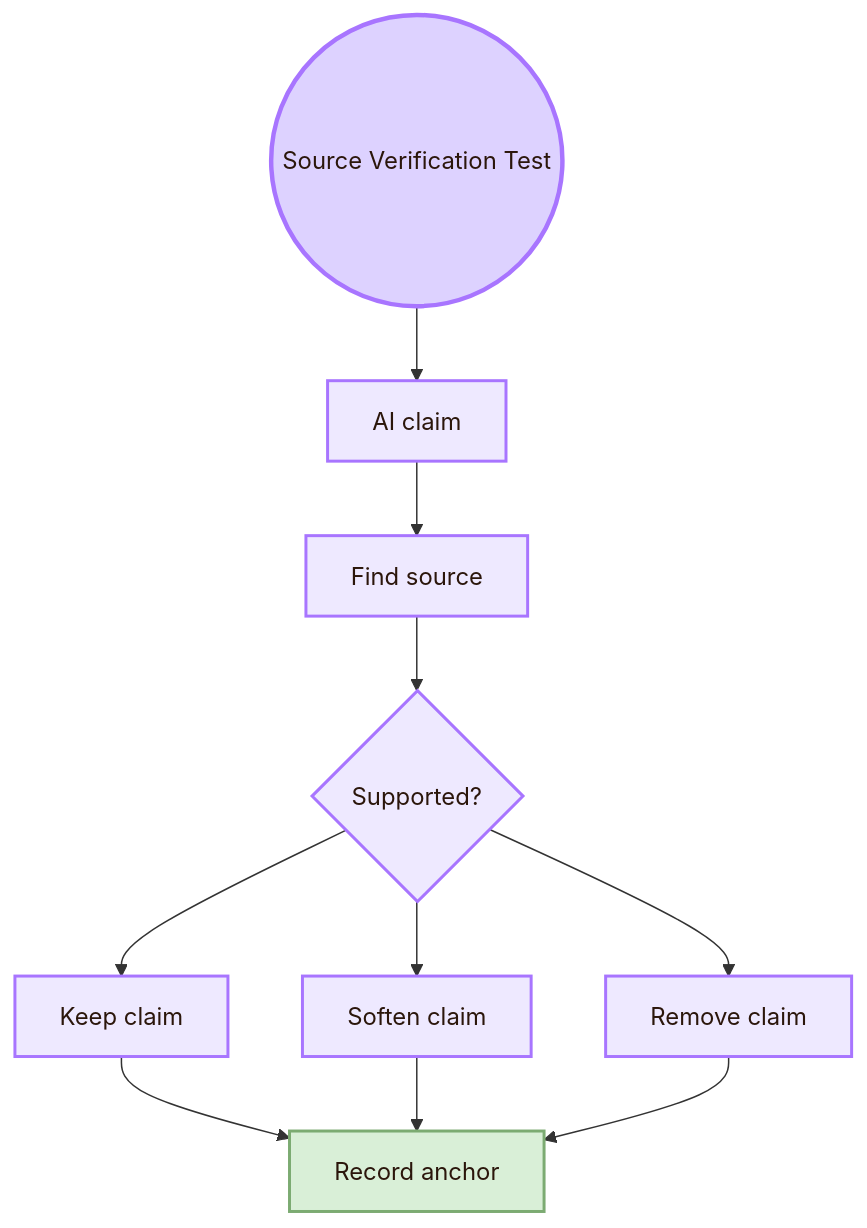
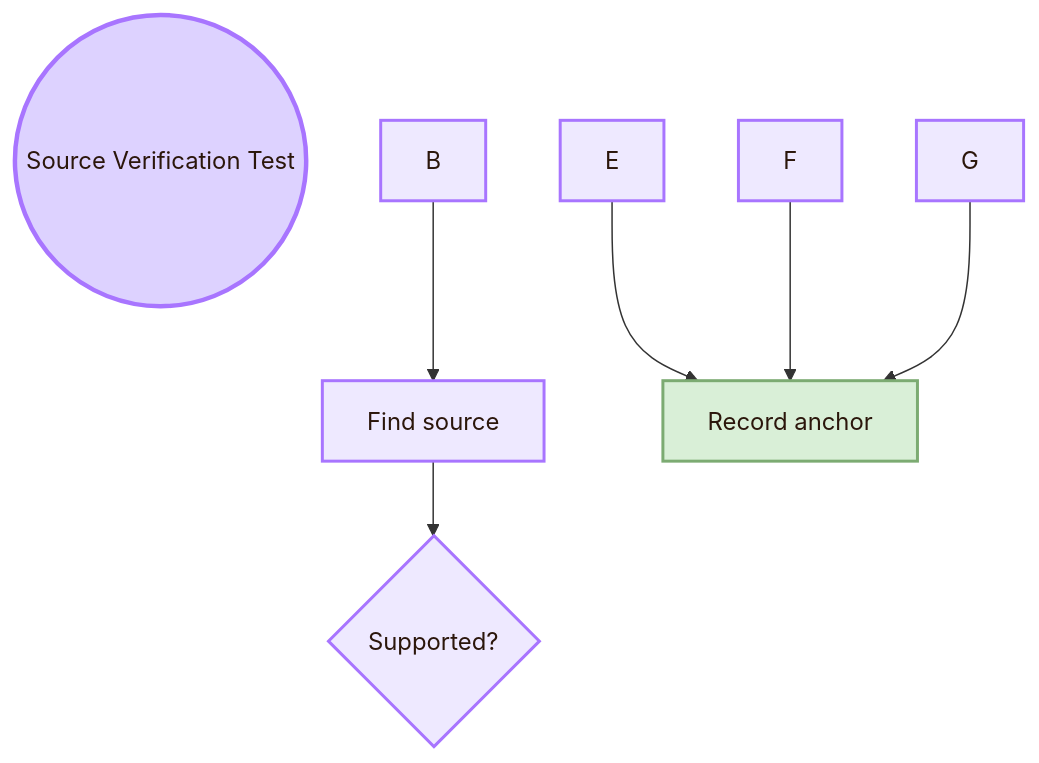
Before and after one commit to andreitegzes06-ui/CogniShire: the seventh of 18 diagrams in 01_Core_Area_HCI/001_Subareas/05_Human_AI_Interaction/Activities/Experiment.md, drawn with Mermaid. The commit also changed other lines of this file and 131 other files, not shown here.

````diff
--- a/01_Core_Area_HCI/001_Subareas/05_Human_AI_Interaction/Activities/Experiment.md
+++ b/01_Core_Area_HCI/001_Subareas/05_Human_AI_Interaction/Activities/Experiment.md
@@ -311,24 +294,20 @@
 ```mermaid
 flowchart TB
     A((Source Verification Test))
 
-    A --> B[AI claim]
     B --> C[Find source]
     C --> D{Supported?}
 
-    D --> E[Keep claim]
-    D --> F[Soften claim]
-    D --> G[Remove claim]
 
     E --> H[Record anchor]
     F --> H
     G --> H
 
     classDef center fill:#ddd2ff,stroke:#a875ff,color:#2b160b,stroke-width:3px;
     classDef node fill:#eee9ff,stroke:#a875ff,color:#2b160b,stroke-width:2px;
     classDef final fill:#d9efd7,stroke:#7cab72,color:#2b160b,stroke-width:2px;
 
     class A center;
     class B,C,D,E,F,G node;
     class H final;
 ```
````
